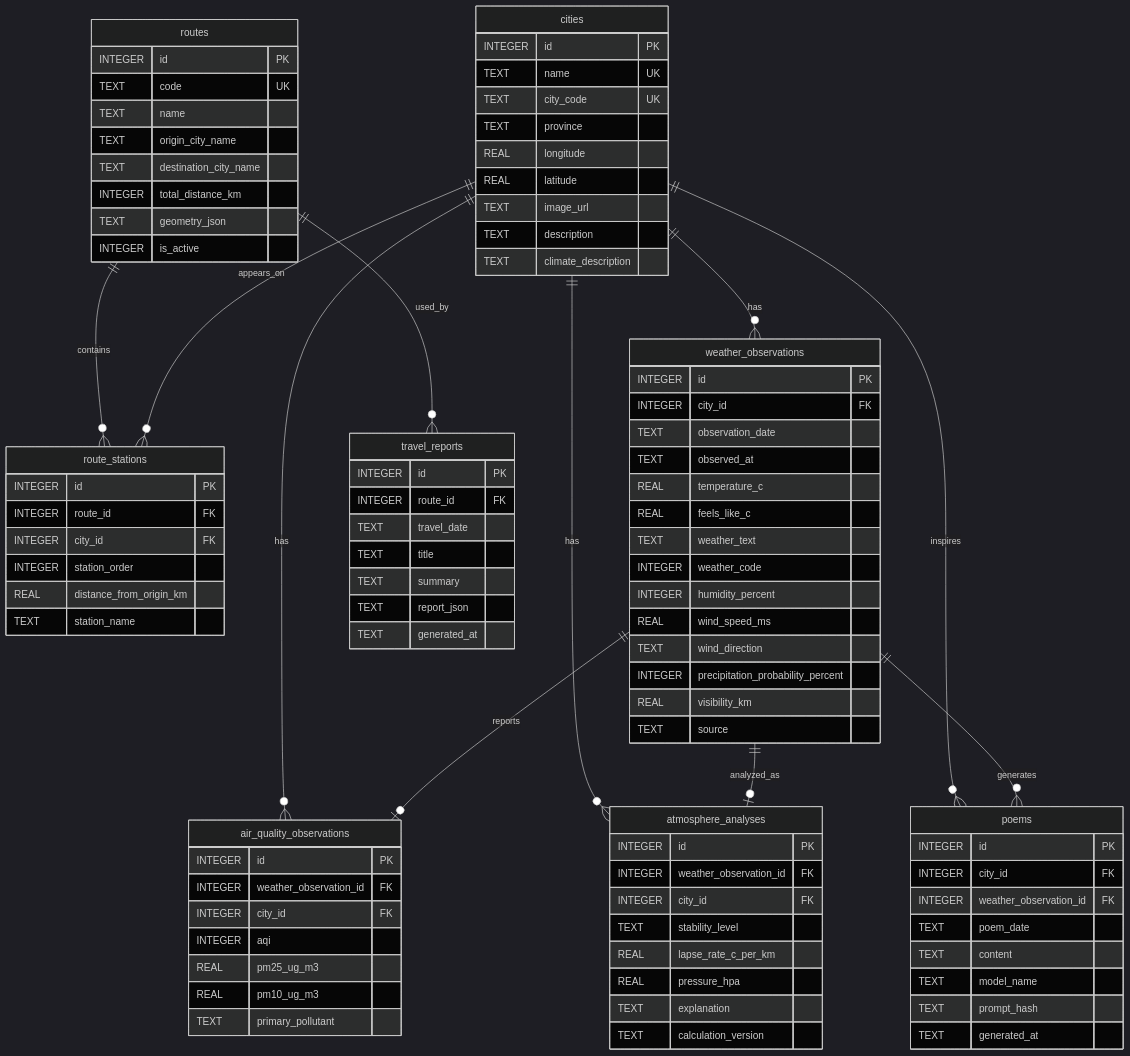
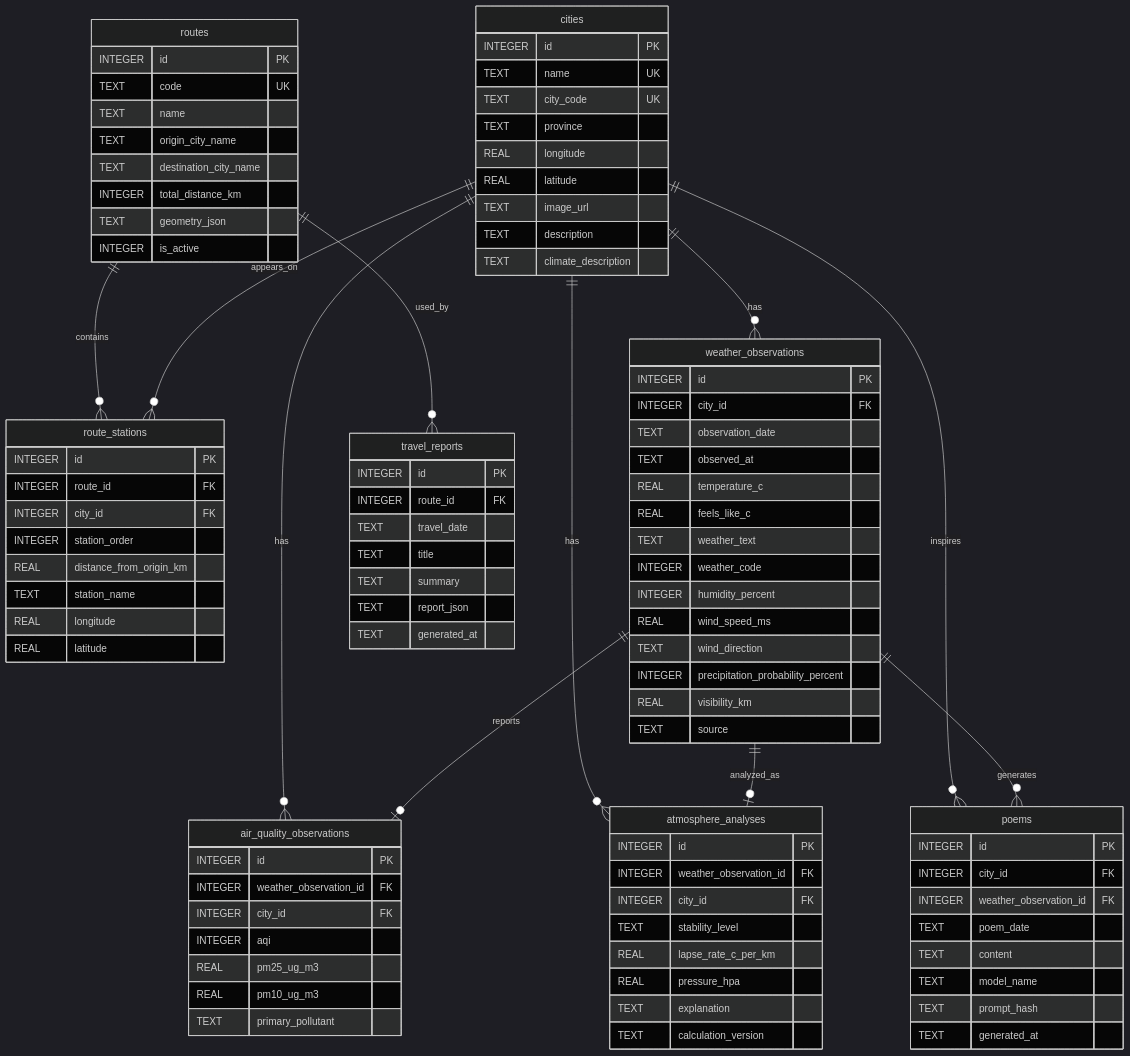
The diagram in docs/CtoN_Database_Design.md (ChenPP-123/CtoN), drawn with Mermaid (dark theme) before and after one commit. The commit also changed other lines of this file and 16 other files, not shown here.

Commit message:
feat: 接入高德地图站点路线

```diff
--- a/docs/CtoN_Database_Design.md
+++ b/docs/CtoN_Database_Design.md
@@ -87,6 +87,8 @@
         INTEGER station_order
         REAL distance_from_origin_km
         TEXT station_name
+        REAL longitude
+        REAL latitude
     }
     weather_observations {
         INTEGER id PK
```
